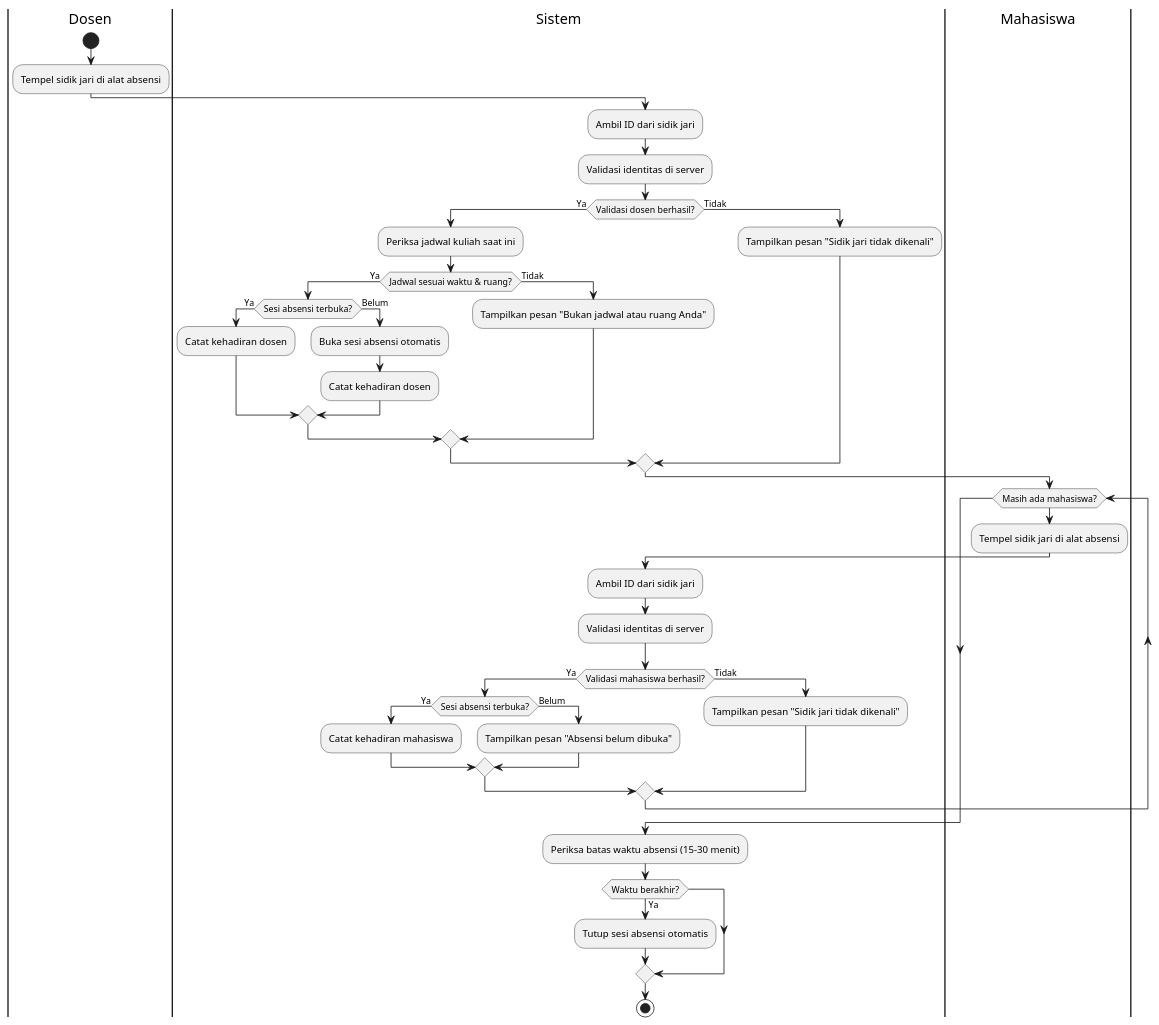
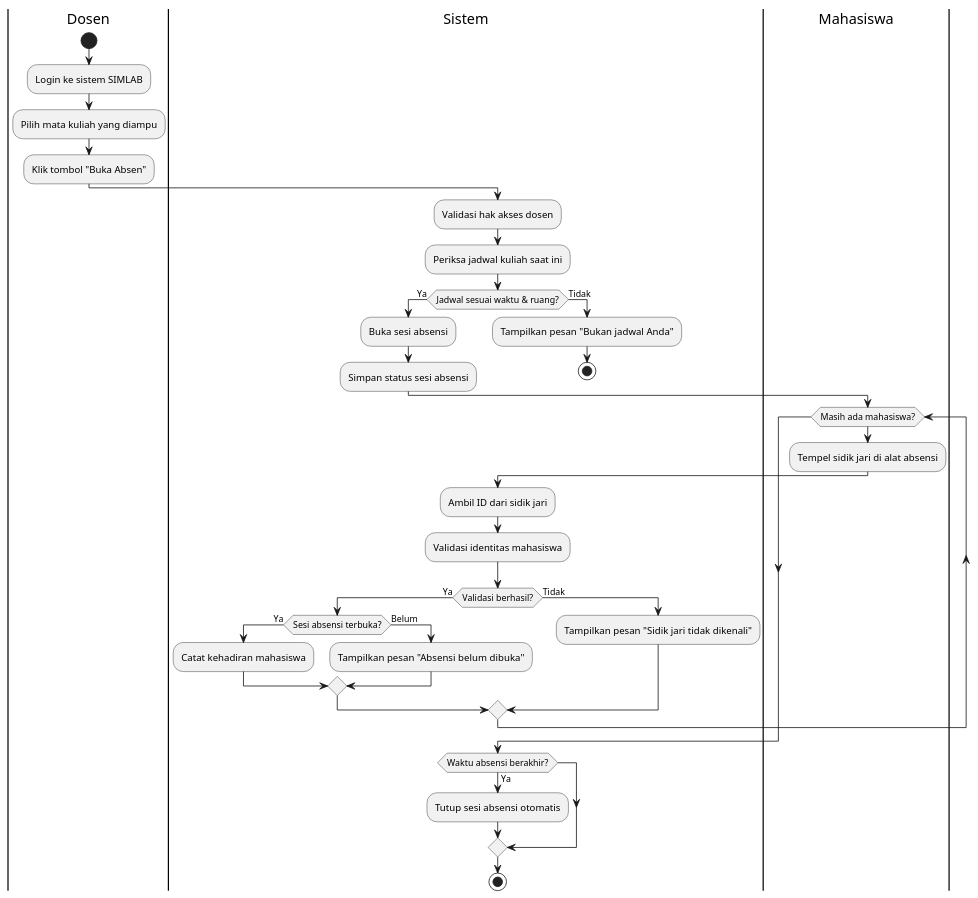
One commit to codebaradev/Simlab changed the diagram in docs/activities/absen.plantuml. Above: the diagram before and after it, drawn with PlantUML. The commit also changed 12 other files, not shown here.

```diff
--- a/docs/activities/absen.plantuml
+++ b/docs/activities/absen.plantuml
@@ -1,53 +1,46 @@
 @startuml Absen
 
 |Dosen|
 start
-:Tempel sidik jari di alat absensi;
+:Login ke sistem SIMLAB;
+:Pilih mata kuliah yang diampu;
+:Klik tombol "Buka Absen";
 
 |Sistem|
-:Ambil ID dari sidik jari;
-:Validasi identitas di server;
+:Validasi hak akses dosen;
+:Periksa jadwal kuliah saat ini;
 
-if (Validasi dosen berhasil?) then (Ya)
-  :Periksa jadwal kuliah saat ini;
-  if (Jadwal sesuai waktu & ruang?) then (Ya)
-    if (Sesi absensi terbuka?) then (Ya)
-      :Catat kehadiran dosen;
-    else (Belum)
-      :Buka sesi absensi otomatis;
-      :Catat kehadiran dosen;
-    endif
-  else (Tidak)
-    :Tampilkan pesan "Bukan jadwal atau ruang Anda";
-  endif
+if (Jadwal sesuai waktu & ruang?) then (Ya)
+  :Buka sesi absensi;
+  :Simpan status sesi absensi;
 else (Tidak)
-  :Tampilkan pesan "Sidik jari tidak dikenali";
+  :Tampilkan pesan "Bukan jadwal Anda";
+  stop
 endif
 
 |Mahasiswa|
 while (Masih ada mahasiswa?)
   :Tempel sidik jari di alat absensi;
 
   |Sistem|
   :Ambil ID dari sidik jari;
-  :Validasi identitas di server;
+  :Validasi identitas mahasiswa;
 
-  if (Validasi mahasiswa berhasil?) then (Ya)
+  if (Validasi berhasil?) then (Ya)
     if (Sesi absensi terbuka?) then (Ya)
       :Catat kehadiran mahasiswa;
     else (Belum)
       :Tampilkan pesan "Absensi belum dibuka";
     endif
   else (Tidak)
     :Tampilkan pesan "Sidik jari tidak dikenali";
   endif
 endwhile
 
 |Sistem|
-:Periksa batas waktu absensi (15–30 menit);
-if (Waktu berakhir?) then (Ya)
+if (Waktu absensi berakhir?) then (Ya)
   :Tutup sesi absensi otomatis;
 endif
 
 stop
 @enduml
```
